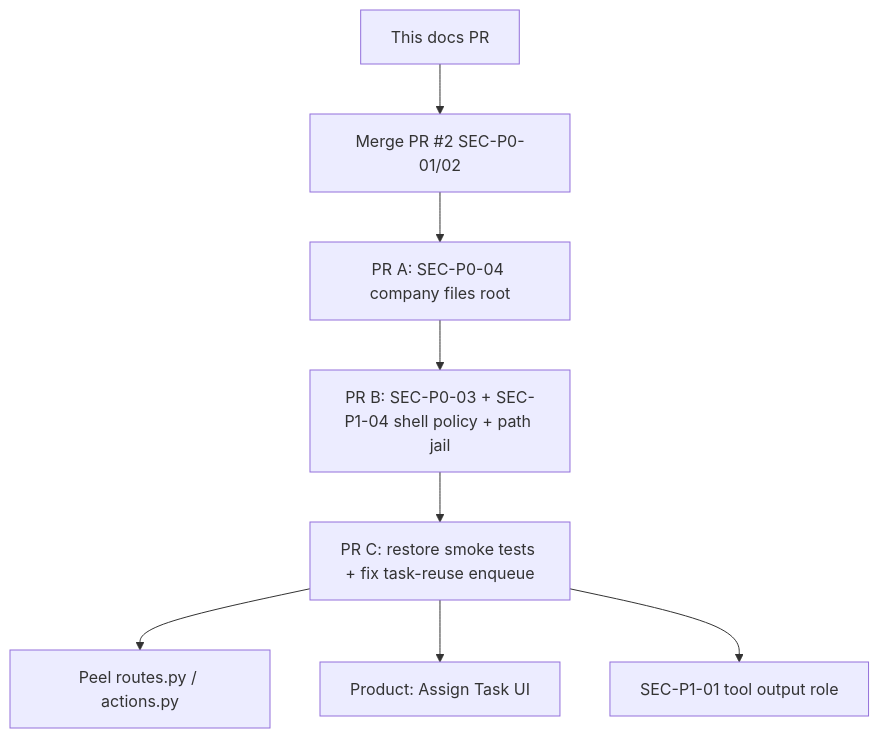
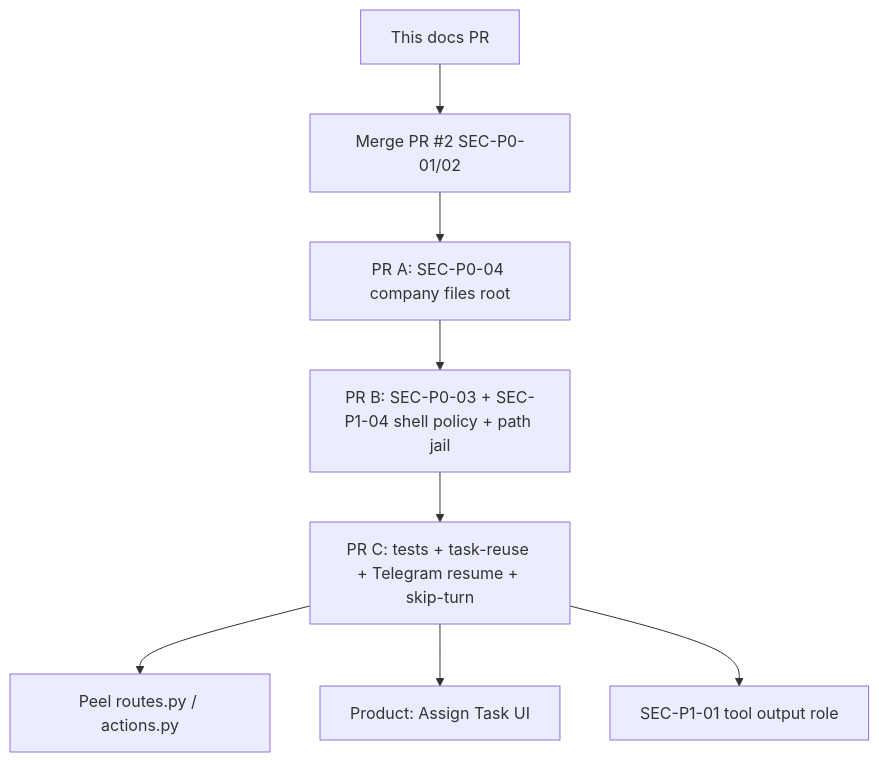
The diagram in docs/HEALTH_AUDIT.md (JTechMinds/bossmodai), drawn with Mermaid before and after one commit. The commit also changed other lines of this file and 1 other file, not shown here.

First line of the commit message:
docs: add Telegram-resume and skip-turn P0s

````diff
--- a/docs/HEALTH_AUDIT.md
+++ b/docs/HEALTH_AUDIT.md
@@ -296,10 +304,10 @@
 ```mermaid
 flowchart TD
   A[This docs PR] --> B[Merge PR #2 SEC-P0-01/02]
   B --> C[PR A: SEC-P0-04 company files root]
   C --> D[PR B: SEC-P0-03 + SEC-P1-04 shell policy + path jail]
-  D --> E[PR C: restore smoke tests + fix task-reuse enqueue]
+  D --> E[PR C: tests + task-reuse + Telegram resume + skip-turn]
   E --> F[Peel routes.py / actions.py]
   E --> G[Product: Assign Task UI]
   E --> H[SEC-P1-01 tool output role]
 ```
````
